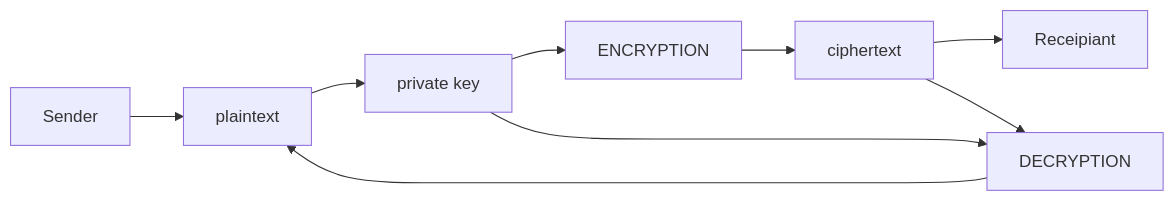
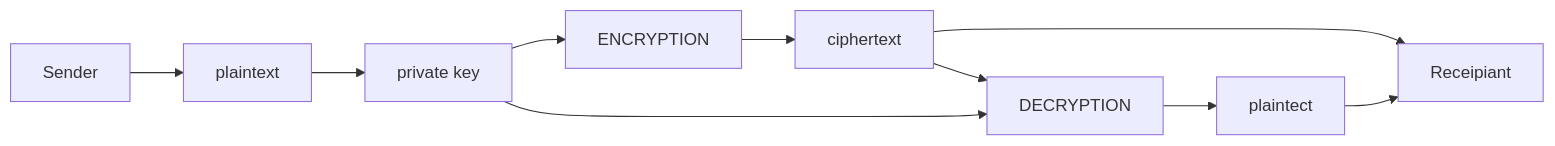
One commit to Kietpawpan/encryption changed the diagram in README.md. Above: the diagram before and after it, drawn with Mermaid.

````diff
--- a/README.md
+++ b/README.md
@@ -5,6 +5,6 @@
 ```mermaid
 flowchart LR
     A[Sender] --> B[plaintext]-->C[private key]-->D[ENCRYPTION]-->E[ciphertext]-->F[Receipiant]
-    C-->G[DECRYPTION]-->B
+    C-->G[DECRYPTION]-->I[plaintect]-->F
      E-->G
 ```
````
